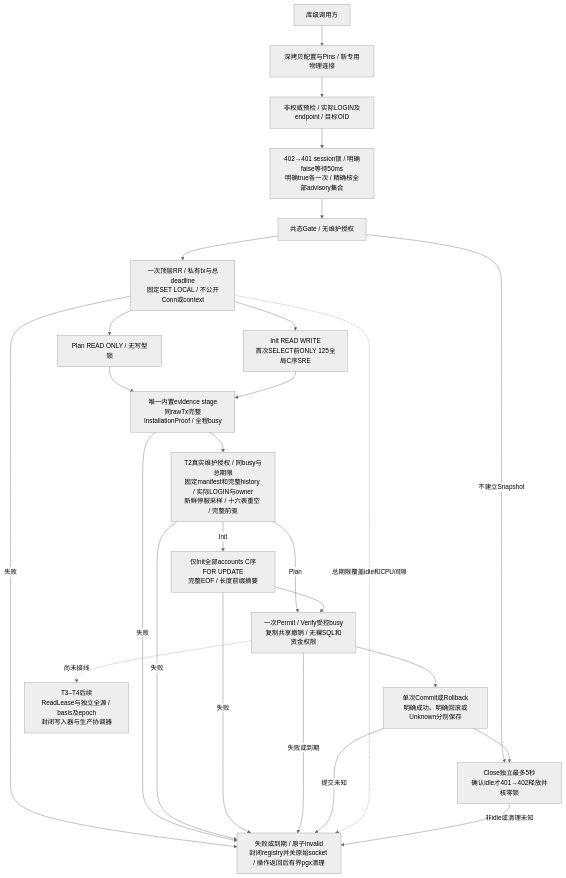
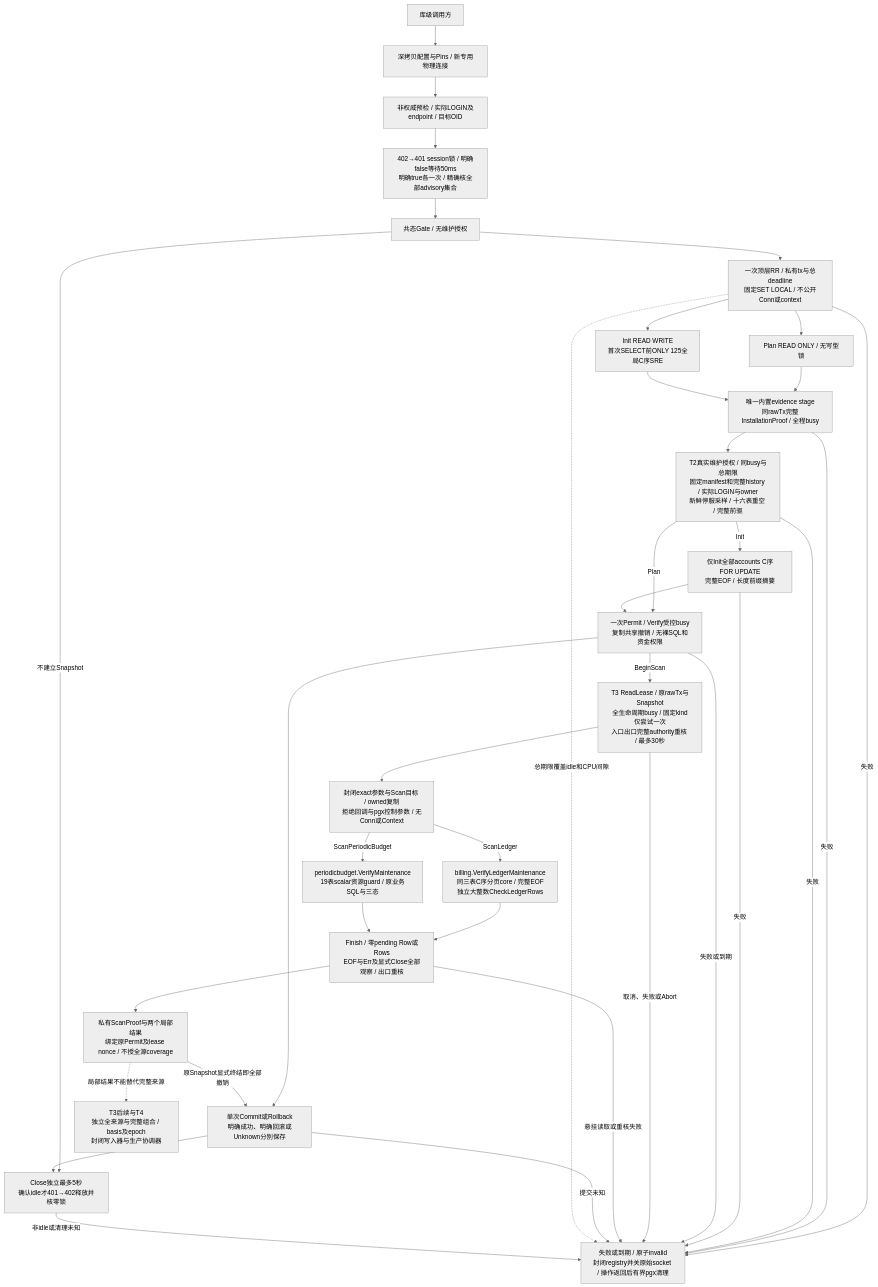
Before and after one commit to workhold/moni-aigate: the diagram in docs/architecture/maintenance-gate.md, drawn with Mermaid (neutral theme). The commit also changed other lines of this file and 53 other files, not shown here.

````diff
--- a/docs/architecture/maintenance-gate.md
+++ b/docs/architecture/maintenance-gate.md
@@ -5,49 +5,70 @@
 ```mermaid
 flowchart TD
     Caller[库级调用方]
     Connect[深拷贝配置与Pins / 新专用物理连接]
     Preflight[非权威预检 / 实际LOGIN及endpoint / 目标OID]
     Locks[402→401 session锁 / 明确false等待50ms
 明确true各一次 / 精确核全部advisory集合]
     Gate[共态Gate / 无维护授权]
     Begin[一次顶层RR / 私有tx与总deadline
 固定SET LOCAL / 不公开Conn或context]
     Plan[Plan READ ONLY / 无写型锁]
     Init[Init READ WRITE
 首次SELECT前ONLY 125全局C序SRE]
     Catalog[唯一内置evidence stage
 同rawTx完整InstallationProof / 全程busy]
     Authority[T2真实维护授权 / 同busy与总期限
 固定manifest和完整history / 实际LOGIN与owner
 新鲜停服采样 / 十六表重空 / 完整前驱]
     Accounts[仅Init全部accounts C序FOR UPDATE
 完整EOF / 长度前缀摘要]
     Permit[一次Permit / Verify受控busy
 复制共享撤销 / 无裸SQL和资金权限]
+    Lease[T3 ReadLease / 原rawTx与Snapshot
+全生命周期busy / 固定kind仅尝试一次
+入口出口完整authority重核 / 最多30秒]
+    Codec[封闭exact参数与Scan目标 / owned复制
+拒绝回调与pgx控制参数 / 无Conn或Context]
+    Ledger[billing.VerifyLedgerMaintenance
+同三表C序分页core / 完整EOF
+独立大整数CheckLedgerRows]
+    Budget[periodicbudget.VerifyMaintenance
+19表scalar资源guard / 原业务SQL与三态]
+    ScanFinish[Finish / 零pending Row或Rows
+EOF与Err及显式Close全部观察 / 出口重核]
+    Result[私有ScanProof与两个局部结果
+绑定原Permit及lease nonce / 不授全源coverage]
     Finish[单次Commit或Rollback
 明确成功、明确回滚或Unknown分别保存]
     Cleanup[Close独立最多5秒
 确认idle才401→402释放并核零锁]
     Destroy[失败或到期 / 原子invalid
 封闭registry并关原始socket / 操作返回后有界pgx清理]
-    Future[T3–T4后续
-ReadLease与独立全源 / basis及epoch
+    Future[T3后续与T4
+独立全来源与完整组合 / basis及epoch
 封闭写入器与生产协调器]
     Caller --> Connect --> Preflight --> Locks --> Gate --> Begin
     Gate -->|不建立Snapshot| Cleanup
     Begin --> Plan --> Catalog
     Begin --> Init --> Catalog
     Catalog --> Authority
     Authority -->|Plan| Permit
     Authority -->|Init| Accounts --> Permit
     Permit --> Finish --> Cleanup
+    Permit -->|BeginScan| Lease --> Codec
+    Codec -->|ScanLedger| Ledger --> ScanFinish
+    Codec -->|ScanPeriodicBudget| Budget --> ScanFinish
+    ScanFinish --> Result
+    Result -->|原Snapshot显式终结即全部撤销| Finish
     Begin -->|失败| Destroy
     Catalog -->|失败| Destroy
     Authority -->|失败| Destroy
     Accounts -->|失败| Destroy
     Permit -->|失败或到期| Destroy
+    Lease -->|取消、失败或Abort| Destroy
+    ScanFinish -->|悬挂读取或重核失败| Destroy
     Finish -->|提交未知| Destroy
     Begin -. 总期限覆盖idle和CPU间隙 .-> Destroy
     Cleanup -->|非idle或清理未知| Destroy
-    Permit -. 尚未接线 .-> Future
+    Result -. 局部结果不能替代完整来源 .-> Future
 ```
````
